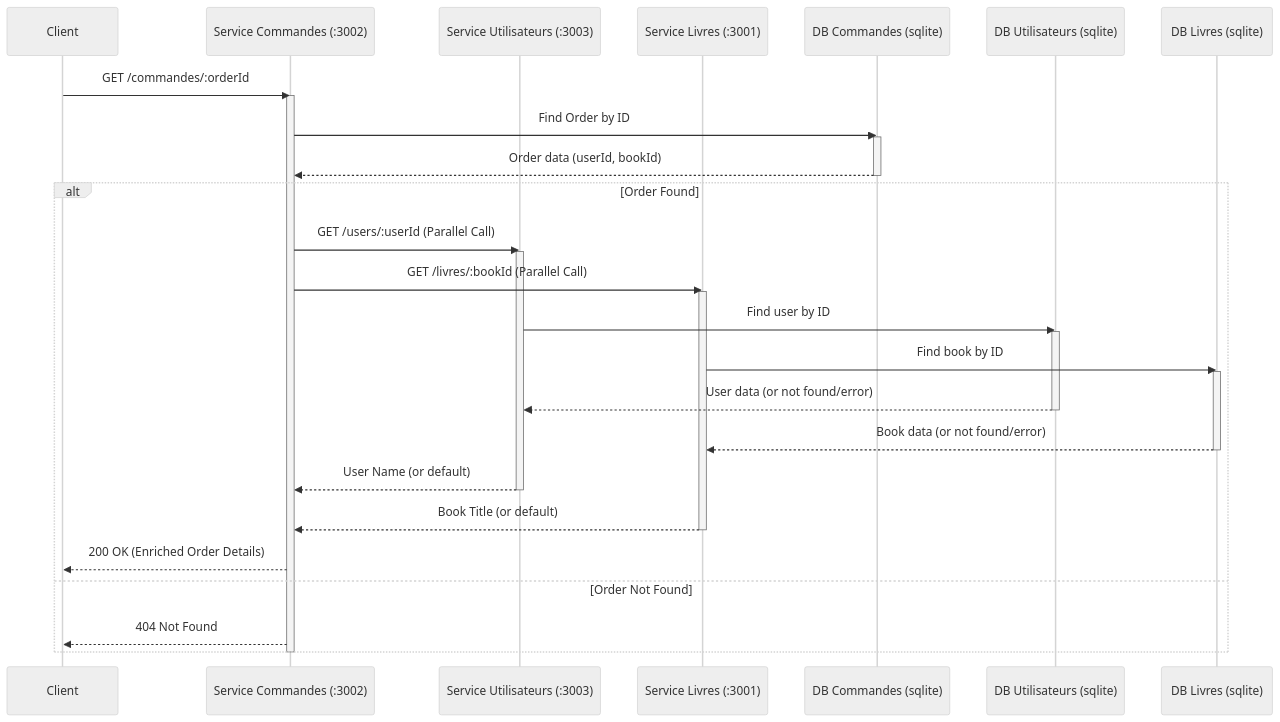
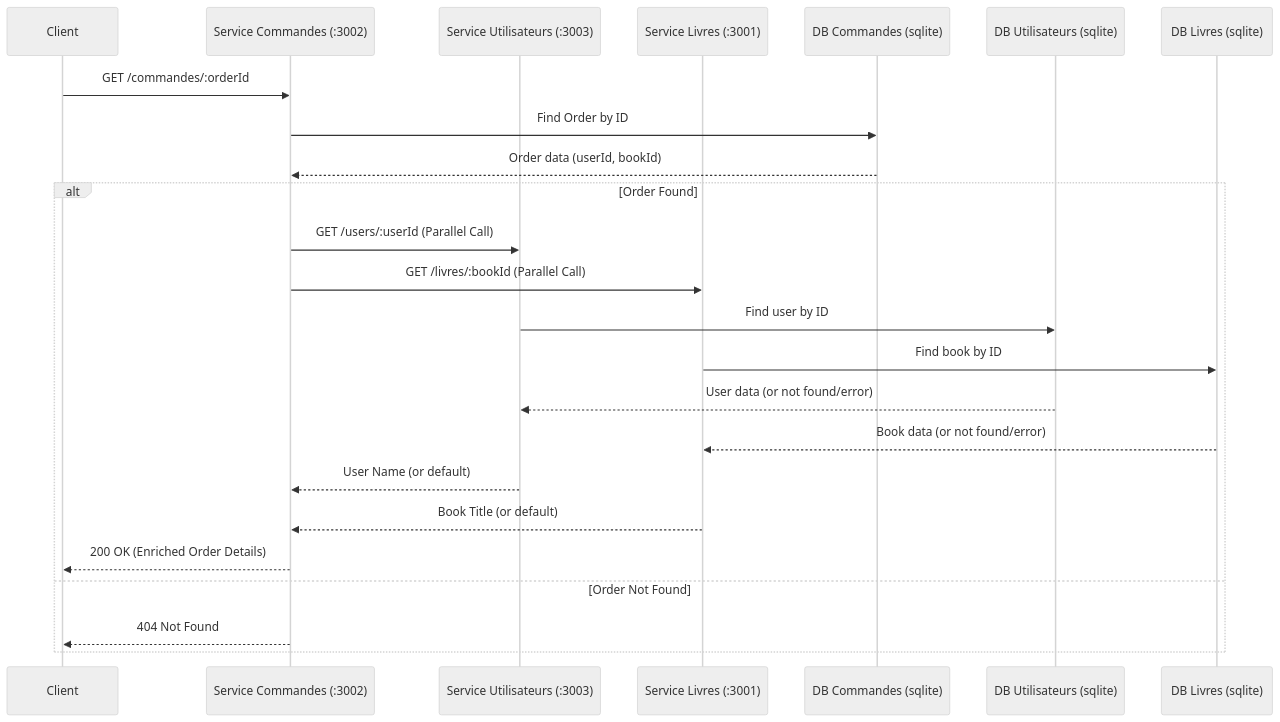
The third of 3 diagrams in RAPPORT_ARCHITECTURE.md (kamelbenanaya/microservice-node), drawn with Mermaid (neutral theme) before and after one commit. The commit also changed other lines of this file, not shown here.

````diff
--- a/RAPPORT_ARCHITECTURE.md
+++ b/RAPPORT_ARCHITECTURE.md
@@ -137,41 +134,33 @@
 ```mermaid
 sequenceDiagram
     participant Client
     participant SC as Service Commandes (:3002)
     participant SU as Service Utilisateurs (:3003)
     participant SL as Service Livres (:3001)
     participant DB_C as DB Commandes (sqlite)
     participant DB_U as DB Utilisateurs (sqlite)
     participant DB_L as DB Livres (sqlite)
 
     Client->>SC: GET /commandes/:orderId
-    activate SC
+
     SC->>DB_C: Find Order by ID
-    activate DB_C
     DB_C-->>SC: Order data (userId, bookId)
-    deactivate DB_C
+
     alt Order Found
         %% Simulate parallel calls - Mermaid doesn't have true parallel syntax
         %% We show them sequentially but note they happen together.
         SC->>SU: GET /users/:userId (Parallel Call)
-        activate SU
         SC->>SL: GET /livres/:bookId (Parallel Call)
-        activate SL
         SU->>DB_U: Find user by ID
-        activate DB_U
         SL->>DB_L: Find book by ID
-        activate DB_L
         DB_U-->>SU: User data (or not found/error)
-        deactivate DB_U
         DB_L-->>SL: Book data (or not found/error)
-        deactivate DB_L
         SU-->>SC: User Name (or default)
-        deactivate SU
         SL-->>SC: Book Title (or default)
-        deactivate SL
         SC-->>Client: 200 OK (Enriched Order Details)
+
     else Order Not Found
         SC-->>Client: 404 Not Found
     end
-    deactivate SC
+
 ```
````
